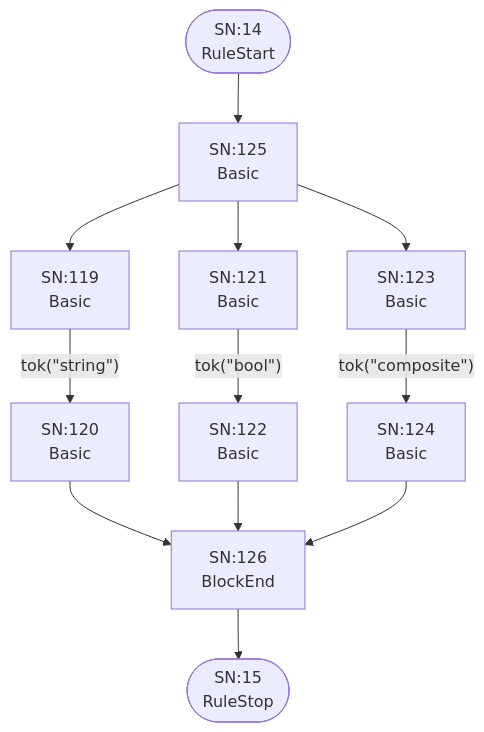
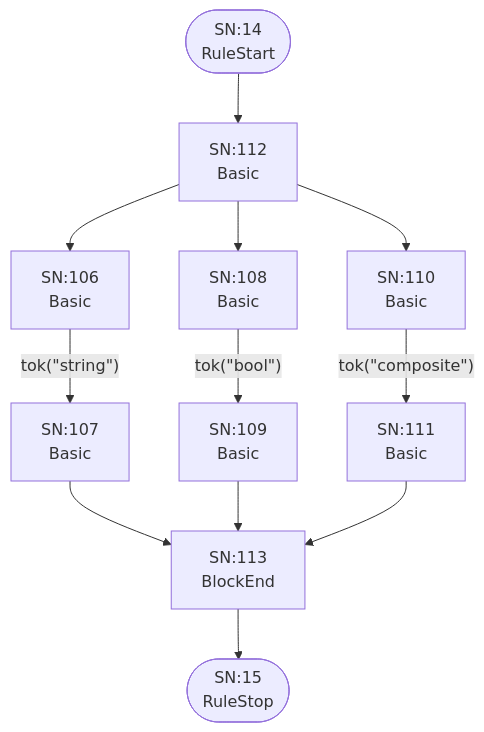
One commit to TypeFox/fastbelt changed the eighth of 25 diagrams in internal/grammar/atn.md. Above: the diagram before and after it, drawn with Mermaid. The commit also changed other lines of this file and 4 other files, not shown here.

````diff
--- a/internal/grammar/atn.md
+++ b/internal/grammar/atn.md
@@ -223,25 +197,25 @@
 ```mermaid
 flowchart TD
     q14(["SN:14<br/>RuleStart"])
     q15(["SN:15<br/>RuleStop"])
-    q119["SN:119<br/>Basic<br/>"]
-    q120["SN:120<br/>Basic<br/>"]
-    q121["SN:121<br/>Basic<br/>"]
-    q122["SN:122<br/>Basic<br/>"]
-    q123["SN:123<br/>Basic<br/>"]
-    q124["SN:124<br/>Basic<br/>"]
-    q125["SN:125<br/>Basic<br/>"]
-    q126["SN:126<br/>BlockEnd<br/>"]
+    q106["SN:106<br/>Basic<br/>"]
+    q107["SN:107<br/>Basic<br/>"]
+    q108["SN:108<br/>Basic<br/>"]
+    q109["SN:109<br/>Basic<br/>"]
+    q110["SN:110<br/>Basic<br/>"]
+    q111["SN:111<br/>Basic<br/>"]
+    q112["SN:112<br/>Basic<br/>"]
+    q113["SN:113<br/>BlockEnd<br/>"]
 
-    q14 --> q125
-    q119 -->|"tok(&quot;string&quot;)"| q120
-    q120 --> q126
-    q121 -->|"tok(&quot;bool&quot;)"| q122
-    q122 --> q126
-    q123 -->|"tok(&quot;composite&quot;)"| q124
-    q124 --> q126
-    q125 --> q119
-    q125 --> q121
-    q125 --> q123
-    q126 --> q15
+    q14 --> q112
+    q106 -->|"tok(&quot;string&quot;)"| q107
+    q107 --> q113
+    q108 -->|"tok(&quot;bool&quot;)"| q109
+    q109 --> q113
+    q110 -->|"tok(&quot;composite&quot;)"| q111
+    q111 --> q113
+    q112 --> q106
+    q112 --> q108
+    q112 --> q110
+    q113 --> q15
 ```
````
